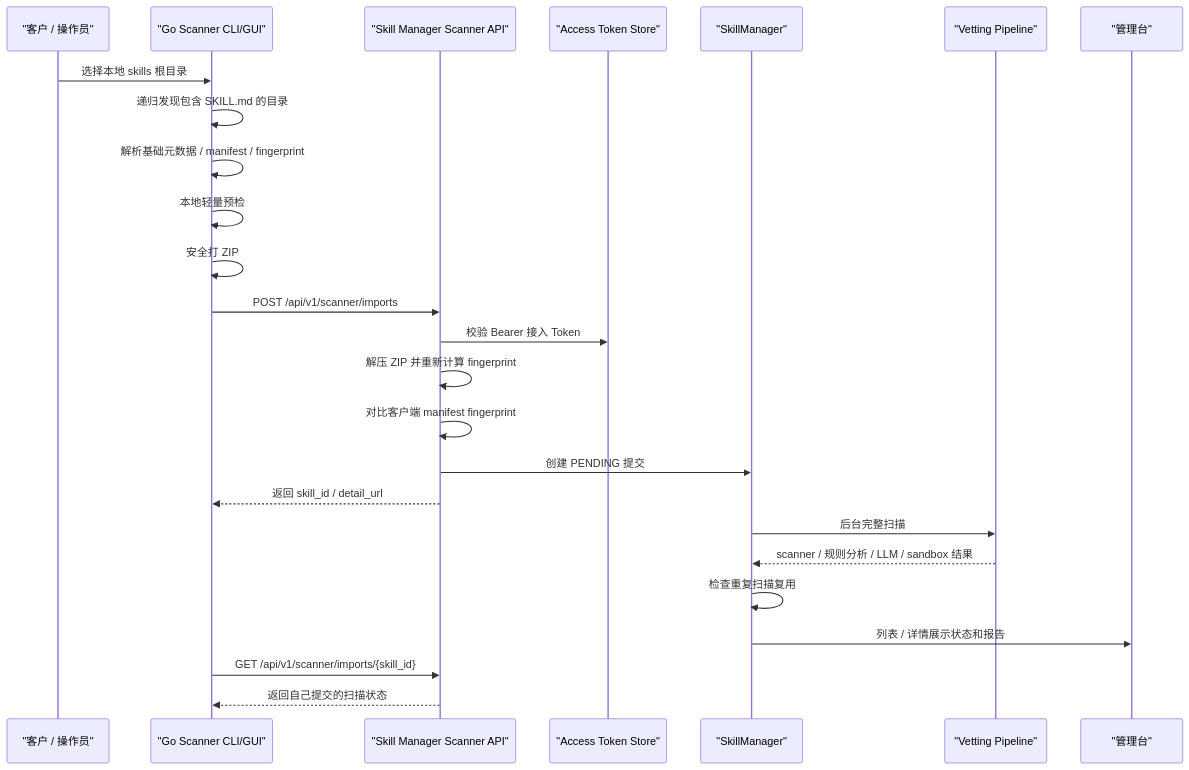
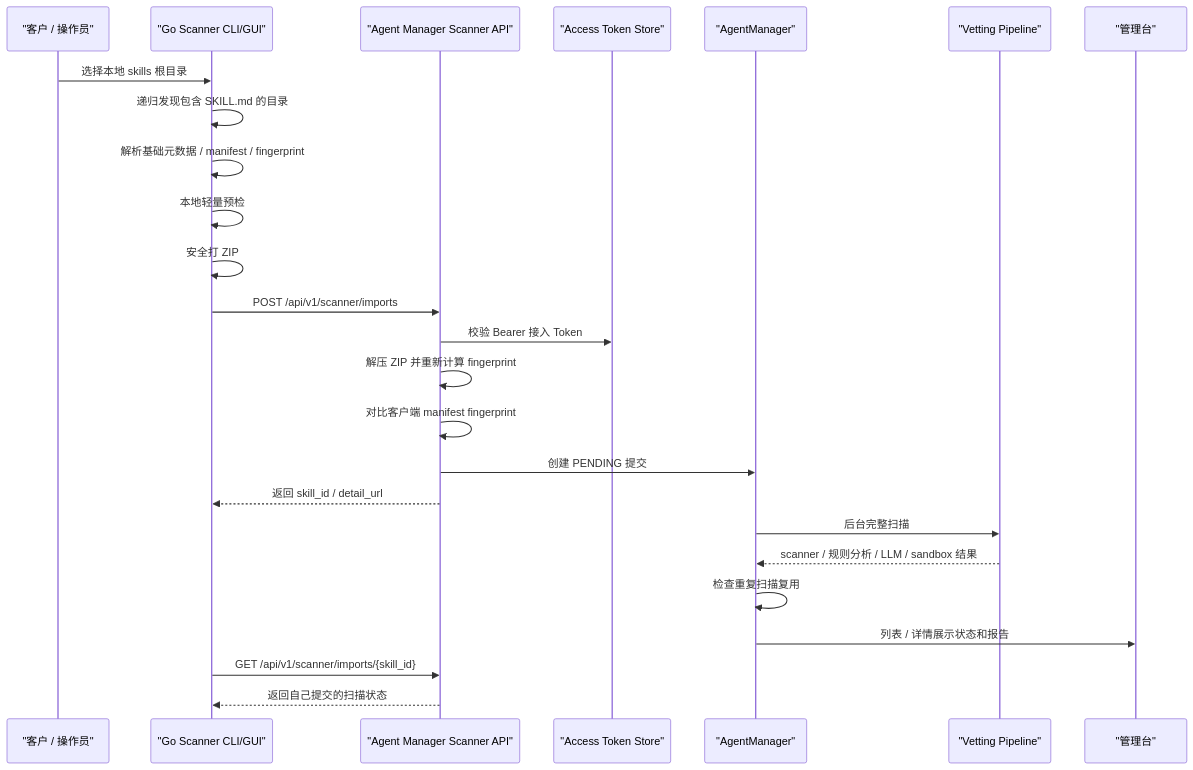
The diagram in docs/skill-scanner.md (HuangLuGuang/skill-manager), drawn with Mermaid before and after one commit. The commit also changed other lines of this file and 141 other files, not shown here.

First line of the commit message:
refactor: 重命名项目为 Agent Manager，更新前端文案和交互

````diff
--- a/docs/skill-scanner.md
+++ b/docs/skill-scanner.md
@@ -27,28 +27,28 @@
 ```mermaid
 sequenceDiagram
     participant User as "客户 / 操作员"
     participant Scanner as "Go Scanner CLI/GUI"
-    participant API as "Skill Manager Scanner API"
+    participant API as "Agent Manager Scanner API"
     participant Token as "Access Token Store"
-    participant Mgr as "SkillManager"
+    participant Mgr as "AgentManager"
     participant Vet as "Vetting Pipeline"
     participant UI as "管理台"
 
     User->>Scanner: 选择本地 skills 根目录
     Scanner->>Scanner: 递归发现包含 SKILL.md 的目录
     Scanner->>Scanner: 解析基础元数据 / manifest / fingerprint
     Scanner->>Scanner: 本地轻量预检
     Scanner->>Scanner: 安全打 ZIP
     Scanner->>API: POST /api/v1/scanner/imports
     API->>Token: 校验 Bearer 接入 Token
     API->>API: 解压 ZIP 并重新计算 fingerprint
     API->>API: 对比客户端 manifest fingerprint
     API->>Mgr: 创建 PENDING 提交
     API-->>Scanner: 返回 skill_id / detail_url
     Mgr->>Vet: 后台完整扫描
     Vet-->>Mgr: scanner / 规则分析 / LLM / sandbox 结果
     Mgr->>Mgr: 检查重复扫描复用
     Mgr->>UI: 列表 / 详情展示状态和报告
     Scanner->>API: GET /api/v1/scanner/imports/{skill_id}
     API-->>Scanner: 返回自己提交的扫描状态
 ```
````
